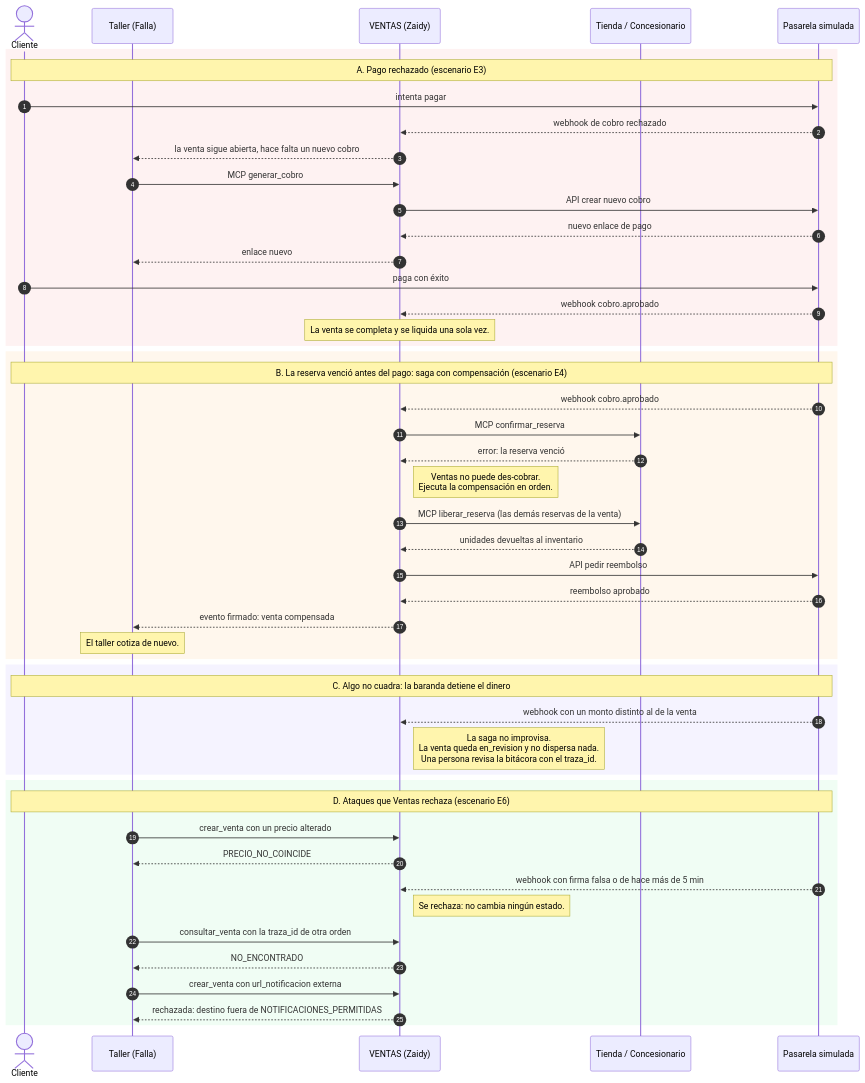
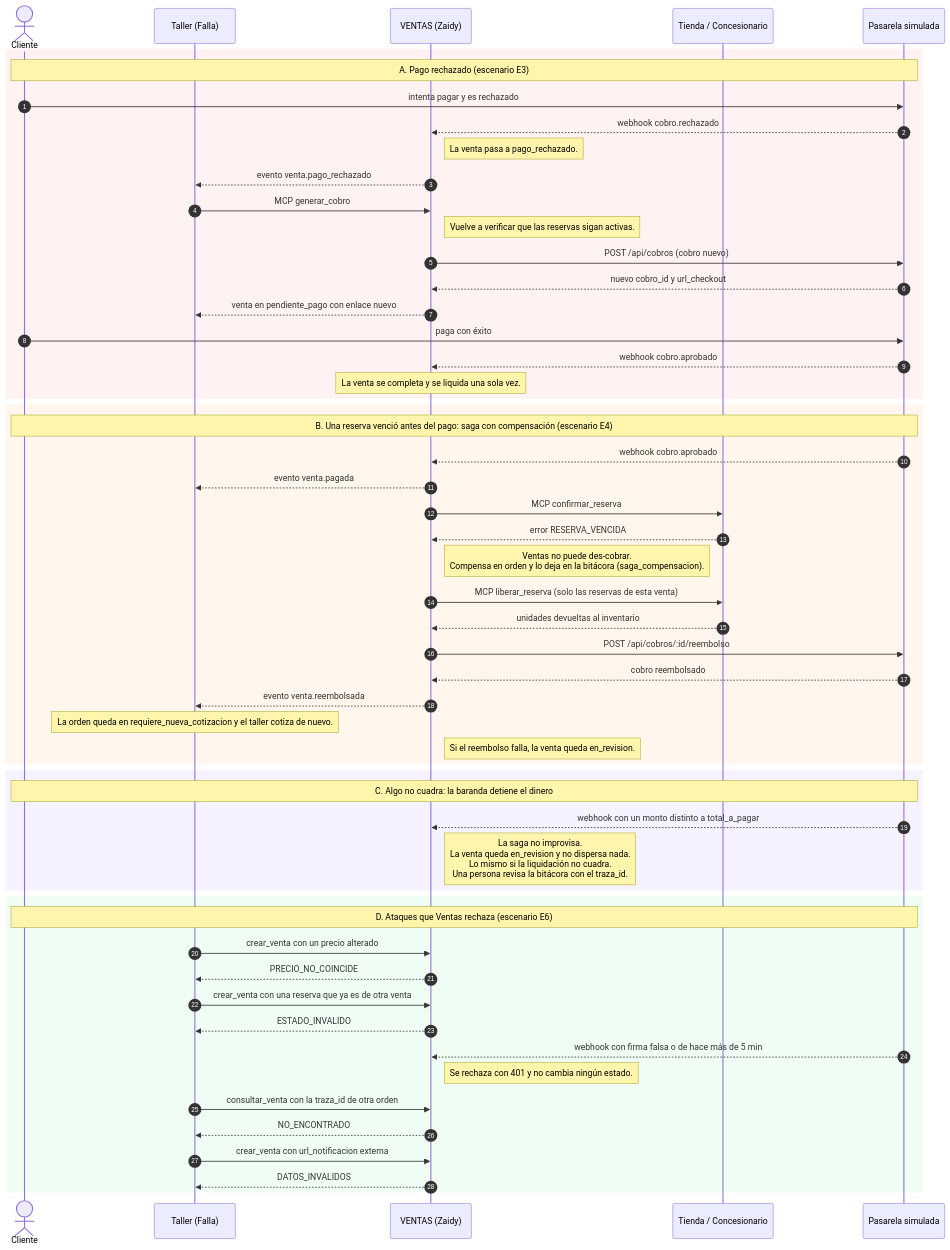
Before and after one commit to CristianT71/CobraYa: the second of 3 diagrams in docs/diagrama-secuencia-ventas.md, drawn with Mermaid. The commit also changed other lines of this file and 5 other files, not shown here.

Commit message:
docs: diagrama y acuerdo de Ventas contrastados con el kit (estados, eventos y errores exactos); kit-apoyo fuera de git

````diff
--- a/docs/diagrama-secuencia-ventas.md
+++ b/docs/diagrama-secuencia-ventas.md
@@ -67,55 +77,61 @@
 ```mermaid
 sequenceDiagram
     autonumber
     actor C as Cliente
     participant T as Taller (Falla)
     participant V as VENTAS (Zaidy)
     participant P as Tienda / Concesionario
     participant G as Pasarela simulada
 
     rect rgb(254, 242, 242)
     Note over C,G: A. Pago rechazado (escenario E3)
-    C->>G: intenta pagar
-    G-->>V: webhook de cobro rechazado
-    V-->>T: la venta sigue abierta, hace falta un nuevo cobro
+    C->>G: intenta pagar y es rechazado
+    G-->>V: webhook cobro.rechazado
+    Note right of V: La venta pasa a pago_rechazado.
+    V-->>T: evento venta.pago_rechazado
     T->>V: MCP generar_cobro
-    V->>G: API crear nuevo cobro
-    G-->>V: nuevo enlace de pago
-    V-->>T: enlace nuevo
+    Note right of V: Vuelve a verificar que las reservas sigan activas.
+    V->>G: POST /api/cobros (cobro nuevo)
+    G-->>V: nuevo cobro_id y url_checkout
+    V-->>T: venta en pendiente_pago con enlace nuevo
     C->>G: paga con éxito
     G-->>V: webhook cobro.aprobado
     Note over V: La venta se completa y se liquida una sola vez.
     end
 
     rect rgb(255, 247, 237)
-    Note over C,G: B. La reserva venció antes del pago: saga con compensación (escenario E4)
+    Note over C,G: B. Una reserva venció antes del pago: saga con compensación (escenario E4)
     G-->>V: webhook cobro.aprobado
+    V-->>T: evento venta.pagada
     V->>P: MCP confirmar_reserva
-    P-->>V: error: la reserva venció
-    Note right of V: Ventas no puede des-cobrar.<br/>Ejecuta la compensación en orden.
-    V->>P: MCP liberar_reserva (las demás reservas de la venta)
+    P-->>V: error RESERVA_VENCIDA
+    Note right of V: Ventas no puede des-cobrar.<br/>Compensa en orden y lo deja en la bitácora (saga_compensacion).
+    V->>P: MCP liberar_reserva (solo las reservas de esta venta)
     P-->>V: unidades devueltas al inventario
-    V->>G: API pedir reembolso
-    G-->>V: reembolso aprobado
-    V-->>T: evento firmado: venta compensada
-    Note over T: El taller cotiza de nuevo.
+    V->>G: POST /api/cobros/:id/reembolso
+    G-->>V: cobro reembolsado
+    V-->>T: evento venta.reembolsada
+    Note over T: La orden queda en requiere_nueva_cotizacion y el taller cotiza de nuevo.
+    Note right of V: Si el reembolso falla, la venta queda en_revision.
     end
 
     rect rgb(245, 243, 255)
     Note over C,G: C. Algo no cuadra: la baranda detiene el dinero
-    G-->>V: webhook con un monto distinto al de la venta
-    Note right of V: La saga no improvisa.<br/>La venta queda en_revision y no dispersa nada.<br/>Una persona revisa la bitácora con el traza_id.
+    G-->>V: webhook con un monto distinto a total_a_pagar
+    Note right of V: La saga no improvisa.<br/>La venta queda en_revision y no dispersa nada.<br/>Lo mismo si la liquidación no cuadra.<br/>Una persona revisa la bitácora con el traza_id.
     end
 
     rect rgb(240, 253, 244)
     Note over C,G: D. Ataques que Ventas rechaza (escenario E6)
     T->>V: crear_venta con un precio alterado
     V-->>T: PRECIO_NO_COINCIDE
+    T->>V: crear_venta con una reserva que ya es de otra venta
+    V-->>T: ESTADO_INVALIDO
     G-->>V: webhook con firma falsa o de hace más de 5 min
-    Note right of V: Se rechaza: no cambia ningún estado.
+    Note right of V: Se rechaza con 401 y no cambia ningún estado.
     T->>V: consultar_venta con la traza_id de otra orden
     V-->>T: NO_ENCONTRADO
     T->>V: crear_venta con url_notificacion externa
-    V-->>T: rechazada: destino fuera de NOTIFICACIONES_PERMITIDAS
+    V-->>T: DATOS_INVALIDOS
     end
 ```
````
